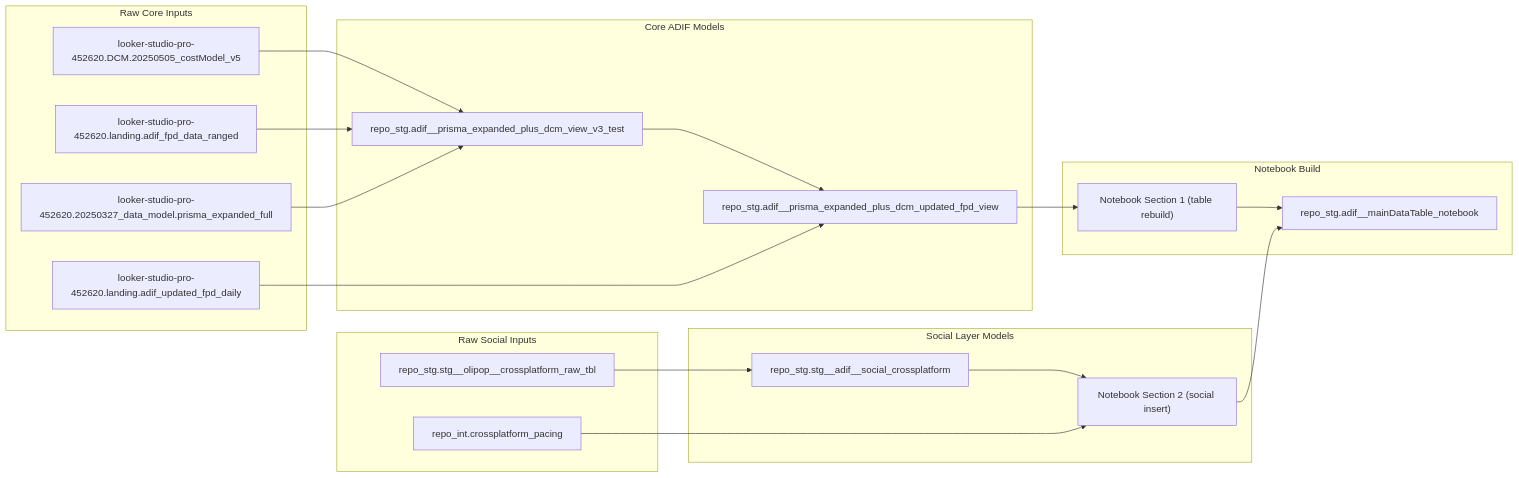
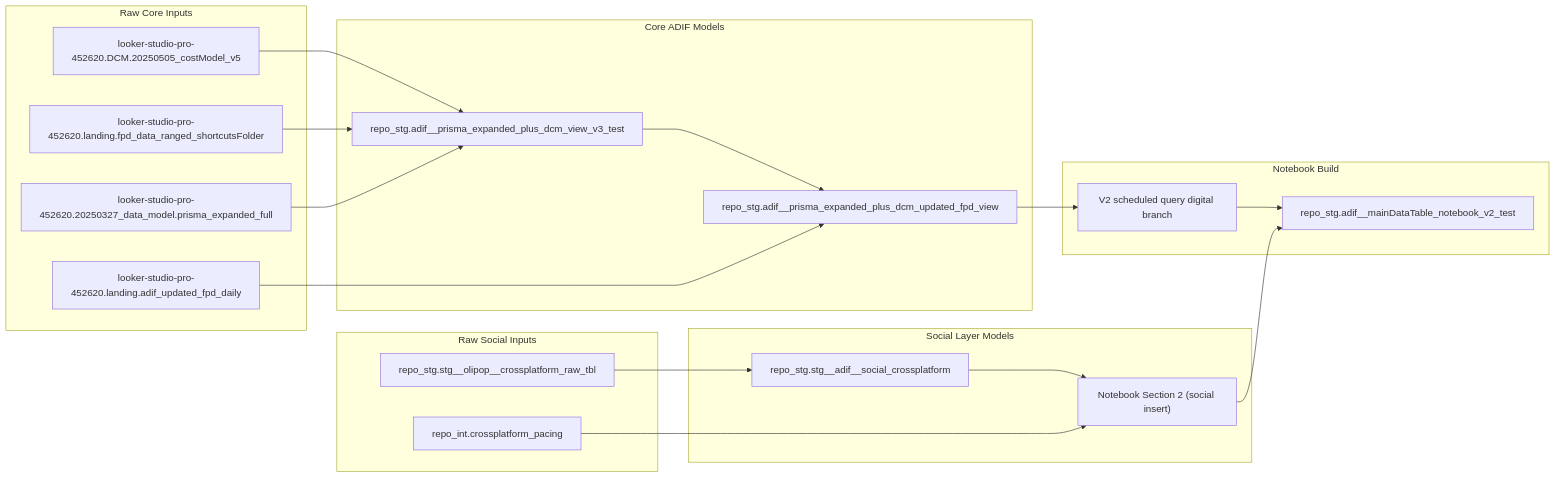
One commit to genetsen/looker_personal changed the diagram in adif/README.md. Above: the diagram before and after it, drawn with Mermaid. The commit also changed other lines of this file and 7 other files, not shown here.

Commit message:
Clarify ADIF refresh docs and FPD layering

````diff
--- a/adif/README.md
+++ b/adif/README.md
@@ -98,43 +188,43 @@
 ```mermaid
 flowchart LR
   subgraph raw_core["Raw Core Inputs"]
     dcm["looker-studio-pro-452620.DCM.20250505_costModel_v5"]
-    fpd_orig["looker-studio-pro-452620.landing.adif_fpd_data_ranged"]
+    fpd_orig["looker-studio-pro-452620.landing.fpd_data_ranged_shortcutsFolder"]
     prisma["looker-studio-pro-452620.20250327_data_model.prisma_expanded_full"]
     fpd_upd["looker-studio-pro-452620.landing.adif_updated_fpd_daily"]
   end
 
   subgraph core_models["Core ADIF Models"]
     core_base["repo_stg.adif__prisma_expanded_plus_dcm_view_v3_test"]
     core_upd["repo_stg.adif__prisma_expanded_plus_dcm_updated_fpd_view"]
   end
 
   dcm --> core_base
   fpd_orig --> core_base
   prisma --> core_base
   core_base --> core_upd
   fpd_upd --> core_upd
 
   subgraph raw_social["Raw Social Inputs"]
     social_raw["repo_stg.stg__olipop__crossplatform_raw_tbl"]
     pacing["repo_int.crossplatform_pacing"]
   end
 
   subgraph social_models["Social Layer Models"]
     social_stg["repo_stg.stg__adif__social_crossplatform"]
     social_nb_s2["Notebook Section 2 (social insert)"]
   end
 
   subgraph notebook["Notebook Build"]
-    social_nb_s1["Notebook Section 1 (table rebuild)"]
-    target_tbl["repo_stg.adif__mainDataTable_notebook"]
+    social_nb_s1["V2 scheduled query digital branch"]
+    target_tbl["repo_stg.adif__mainDataTable_notebook_v2_test"]
   end
 
   social_raw --> social_stg
   social_stg --> social_nb_s2
   pacing --> social_nb_s2
   core_upd --> social_nb_s1
 
   social_nb_s1 --> target_tbl
   social_nb_s2 --> target_tbl
 ```
````
